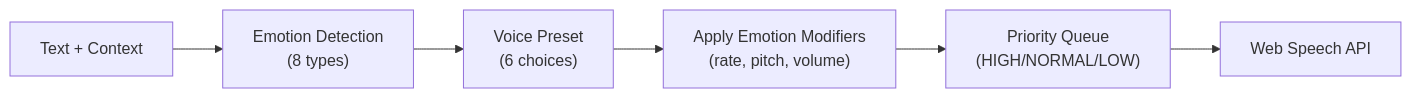
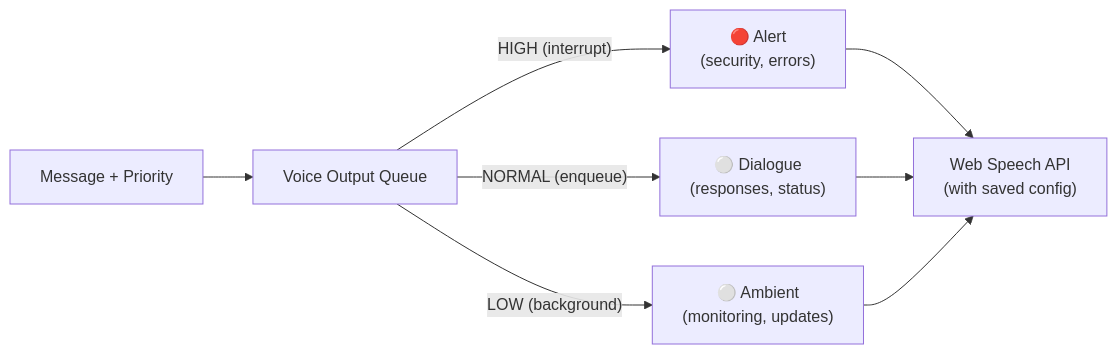
The third of 4 diagrams in README.md (4citeB4U/LeeWay-Edge-RTC), drawn with Mermaid before and after one commit. The commit also changed other lines of this file, not shown here.

Commit message:
fix: Update README voice system to reflect actual Web Speech API implementation, remove non-existent neural presets and emotion engine

````diff
--- a/README.md
+++ b/README.md
@@ -127,6 +131,10 @@
 ```mermaid
 flowchart LR
-  TEXT["Text + Context"] --> EMO["Emotion Detection\n(8 types)"] --> PRESET["Voice Preset\n(6 choices)"] --> APPLY["Apply Emotion Modifiers\n(rate, pitch, volume)"]
-  APPLY --> QUEUE["Priority Queue\n(HIGH/NORMAL/LOW)"]
-  QUEUE --> TTS["Web Speech API"]
+  TEXT["Message + Priority"] --> QUEUE["Voice Output Queue"]
+  QUEUE --> |"HIGH (interrupt)"| URGENT["🔴 Alert\n(security, errors)"]
+  QUEUE --> |"NORMAL (enqueue)"| DIALOG["⚪ Dialogue\n(responses, status)"]
+  QUEUE --> |"LOW (background)"| AMBIENT["⚪ Ambient\n(monitoring, updates)"]
+  URGENT --> TTS["Web Speech API\n(with saved config)"]
+  DIALOG --> TTS
+  AMBIENT --> TTS
 ```
````
